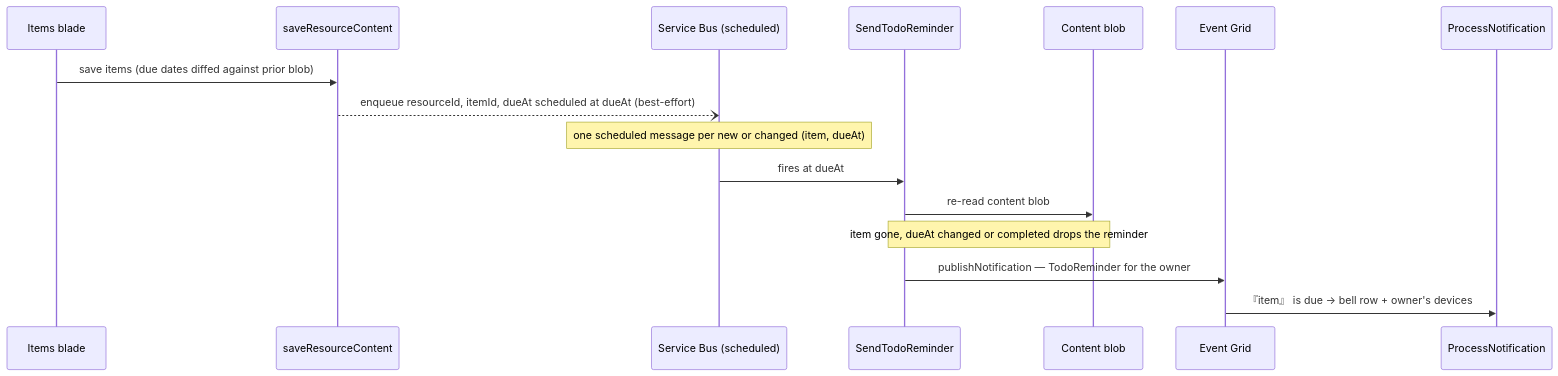
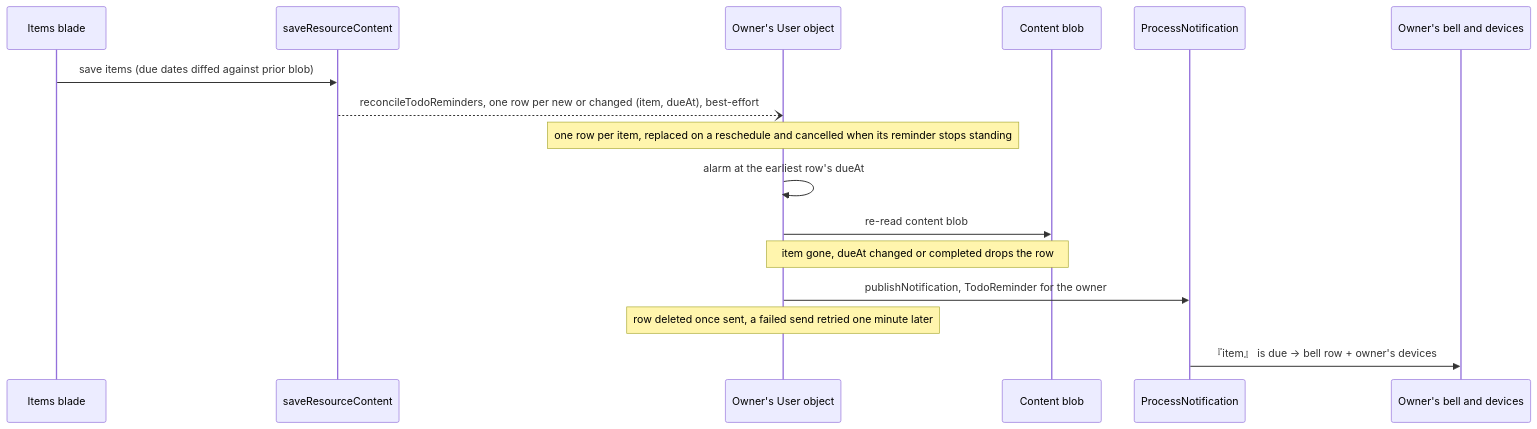
Before and after one commit to Esposter/Esposter: the diagram in openspec/specs/resource/todolist-due-reminders/design.md, drawn with Mermaid. The commit also changed other lines of this file and 9 other files, not shown here.

First line of the commit message:
docs(openspec): the live specs describe the user object's events, the user socket and the reminder row

````diff
--- a/openspec/specs/resource/todolist-due-reminders/design.md
+++ b/openspec/specs/resource/todolist-due-reminders/design.md
@@ -13,19 +13,19 @@
 ```mermaid
 sequenceDiagram
   participant E as Items blade
   participant S as saveResourceContent
-  participant SB as Service Bus (scheduled)
-  participant F as SendTodoReminder
+  participant U as Owner's User object
   participant B as Content blob
-  participant EG as Event Grid
-  participant P as ProcessNotification
+  participant N as ProcessNotification
+  participant D as Owner's bell and devices
 
   E->>S: save items (due dates diffed against prior blob)
-  S--)SB: enqueue resourceId, itemId, dueAt scheduled at dueAt (best-effort)
-  Note over SB: one scheduled message per new or changed (item, dueAt)
-  SB->>F: fires at dueAt
-  F->>B: re-read content blob
-  Note over F,B: item gone, dueAt changed or completed drops the reminder
-  F->>EG: publishNotification — TodoReminder for the owner
-  EG->>P: 『item』 is due → bell row + owner's devices
+  S--)U: reconcileTodoReminders, one row per new or changed (item, dueAt), best-effort
+  Note over U: one row per item, replaced on a reschedule and cancelled when its reminder stops standing
+  U->>U: alarm at the earliest row's dueAt
+  U->>B: re-read content blob
+  Note over U,B: item gone, dueAt changed or completed drops the row
+  U->>N: publishNotification, TodoReminder for the owner
+  Note over U: row deleted once sent, a failed send retried one minute later
+  N->>D: 『item』 is due → bell row + owner's devices
 ```
````
